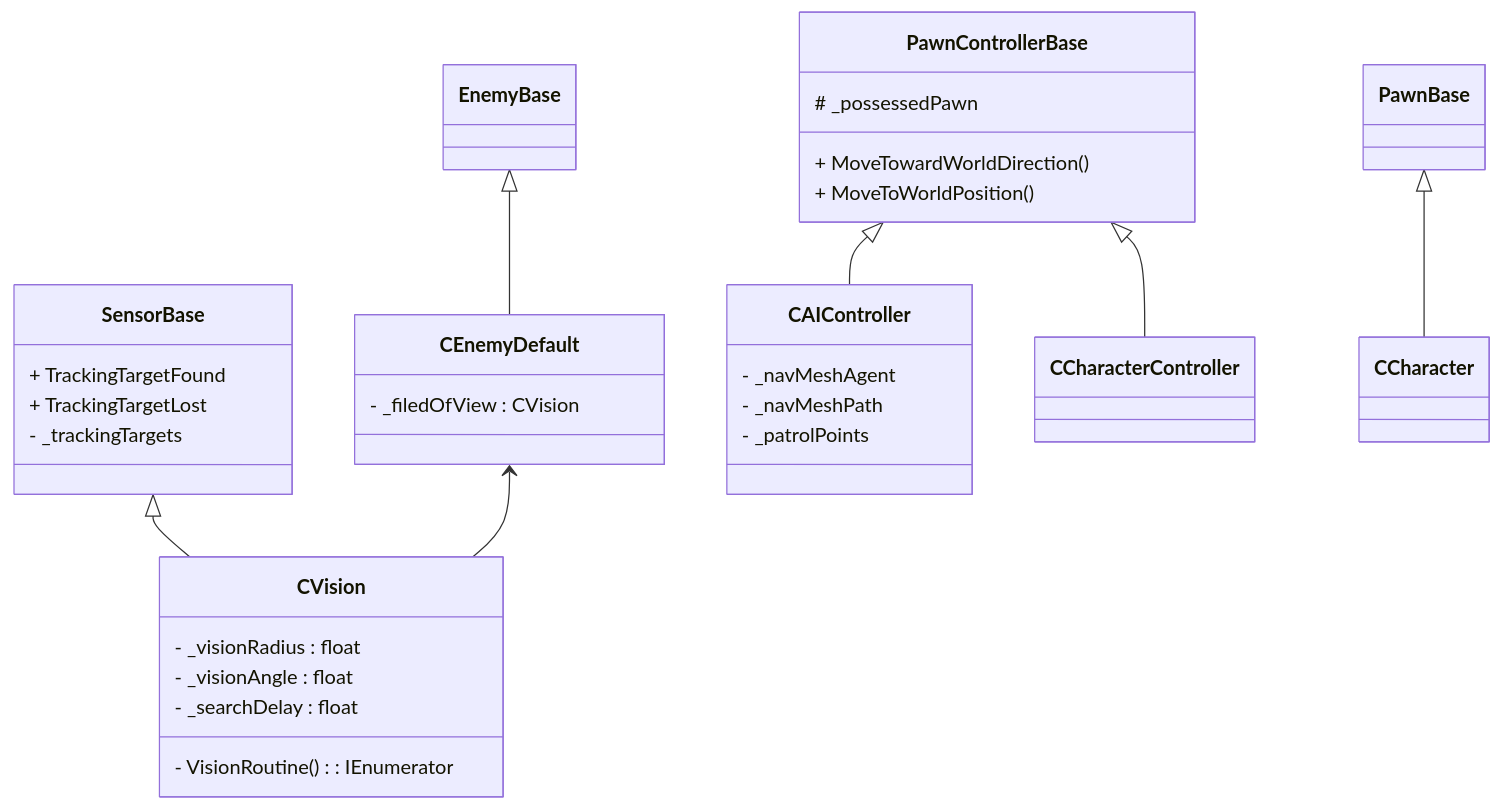
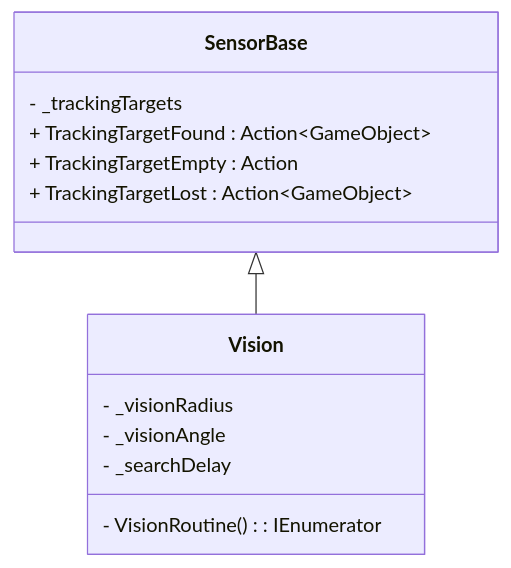
One commit to nachiketa3299/RUB changed the third of 3 diagrams in content/portfolio/alien/index.md. Above: the diagram before and after it, drawn with Mermaid. The commit also changed other lines of this file and 16 other files, not shown here.

````diff
--- a/content/portfolio/alien/index.md
+++ b/content/portfolio/alien/index.md
@@ -82,49 +197,20 @@
 ```mermaid
 classDiagram
-	class EnemyBase
+	class SensorBase {
+		- _trackingTargets
 
-	class CEnemyDefault {
-	- _filedOfView : CVision
+		+ TrackingTargetFound : Action~GameObject~
+		+ TrackingTargetEmpty : Action
+		+ TrackingTargetLost : Action~GameObject~
 	}
 
-	EnemyBase <|-- CEnemyDefault
-
-	class SensorBase {
-		+ TrackingTargetFound
-		+ TrackingTargetLost
-		- _trackingTargets
-	}
-
-	class CVision {
-		- _visionRadius : float
-		- _visionAngle : float
-		- _searchDelay : float
+	class Vision {
+		- _visionRadius
+		- _visionAngle
+		- _searchDelay
 
 		- VisionRoutine() : IEnumerator
 	}
 
-	SensorBase <|-- CVision
-
-	CEnemyDefault <-- CVision
-
-	class CAIController {
-		- _navMeshAgent
-		- _navMeshPath
-		- _patrolPoints
-	}
-
-	class CCharacterController
-
-	class PawnControllerBase {
-		# _possessedPawn
-		+ MoveTowardWorldDirection()
-		+ MoveToWorldPosition()
-	}
-
-	PawnControllerBase <|-- CAIController
-	PawnControllerBase <|-- CCharacterController
-
-	class PawnBase
-	class CCharacter
-	PawnBase <|-- CCharacter
+	SensorBase <|-- Vision
 ```
````
